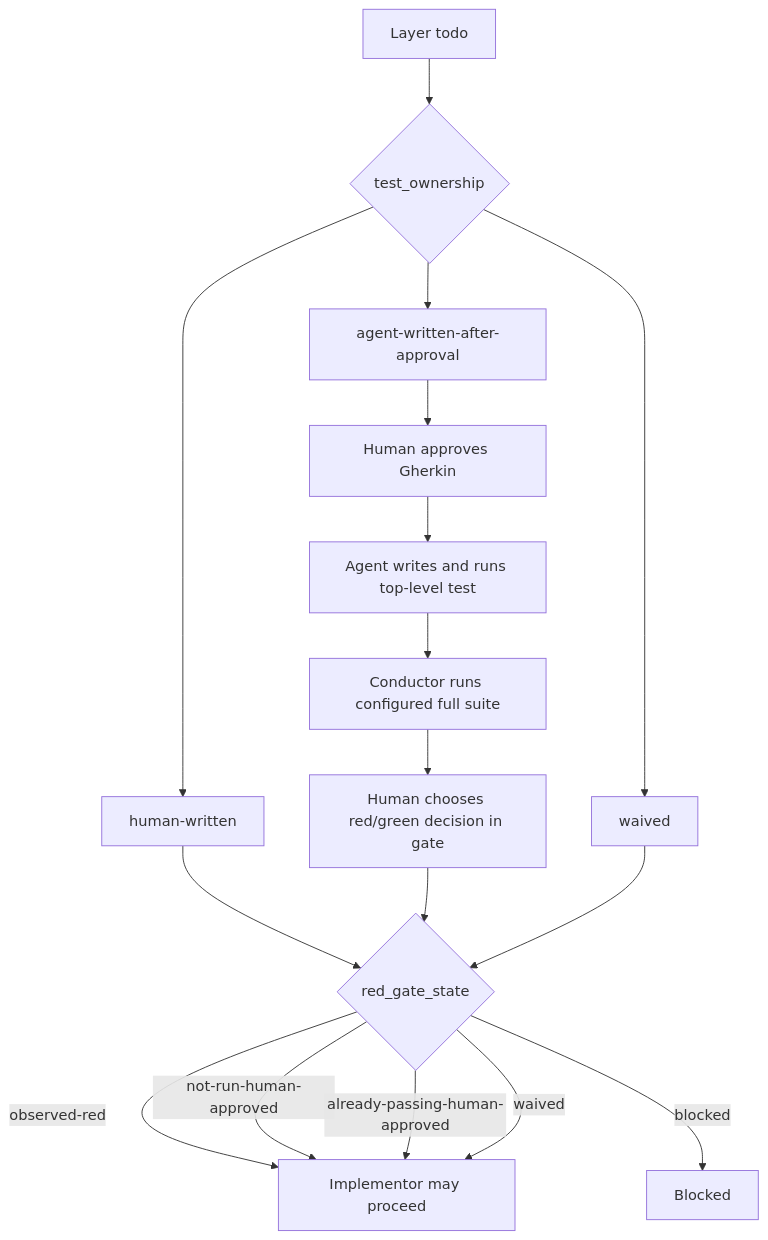
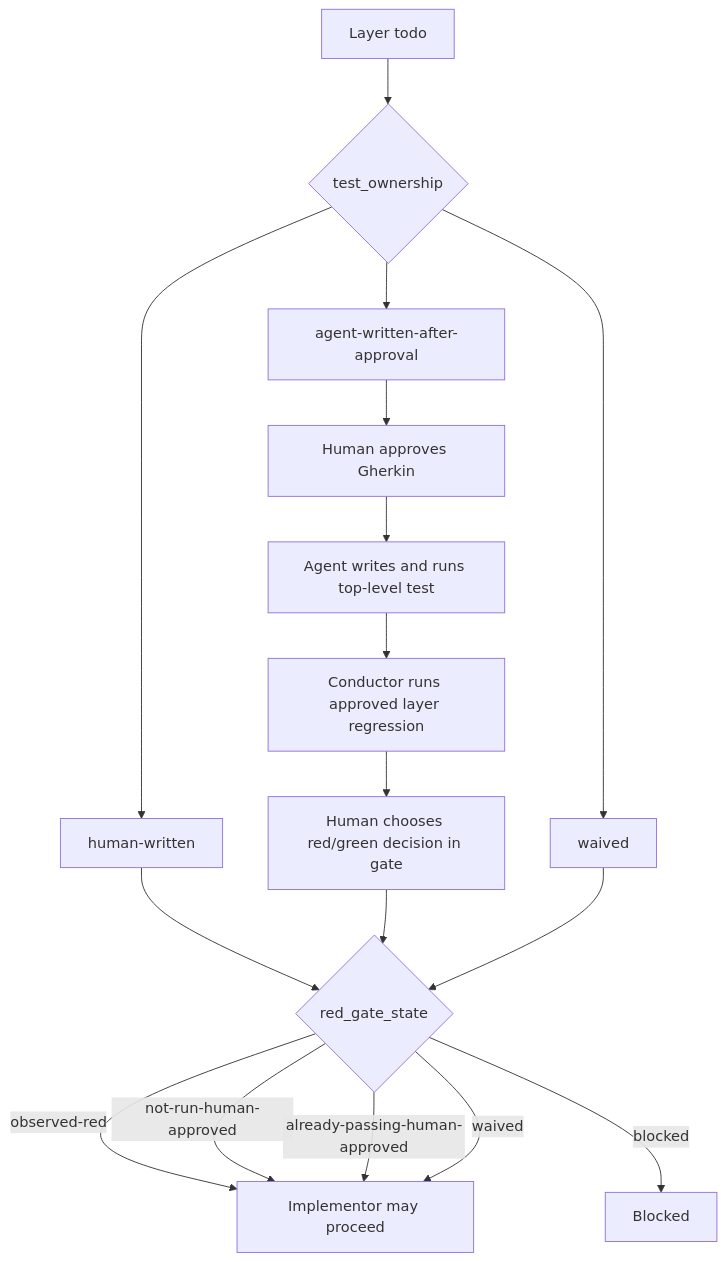
Before and after one commit to cdespona/conductor-layered-tdd: diagram 11 of 18 in docs/operator-guide.md, drawn with Mermaid. The commit also changed other lines of this file and 18 other files, not shown here.

````diff
--- a/docs/operator-guide.md
+++ b/docs/operator-guide.md
@@ -517,28 +534,28 @@
 ```mermaid
 flowchart TB
     Todo["Layer todo"]
     Ownership{"test_ownership"}
     HumanWritten["human-written"]
     AgentWritten["agent-written-after-approval"]
     Waived["waived"]
     RedState{"red_gate_state"}
     Allowed["Implementor may proceed"]
     Blocked["Blocked"]
 
     Todo --> Ownership
     Ownership --> HumanWritten
     Ownership --> AgentWritten
     Ownership --> Waived
     HumanWritten --> RedState
     AgentWritten --> ApproveGherkin["Human approves Gherkin"]
     ApproveGherkin --> AuthorTest["Agent writes and runs top-level test"]
-    AuthorTest --> RunSuite["Conductor runs configured full suite"]
+    AuthorTest --> RunSuite["Conductor runs approved layer regression"]
     RunSuite --> ConfirmRed["Human chooses red/green decision in gate"]
     ConfirmRed --> RedState
     Waived --> RedState
     RedState -->|"observed-red"| Allowed
     RedState -->|"not-run-human-approved"| Allowed
     RedState -->|"already-passing-human-approved"| Allowed
     RedState -->|"waived"| Allowed
     RedState -->|"blocked"| Blocked
 ```
````
